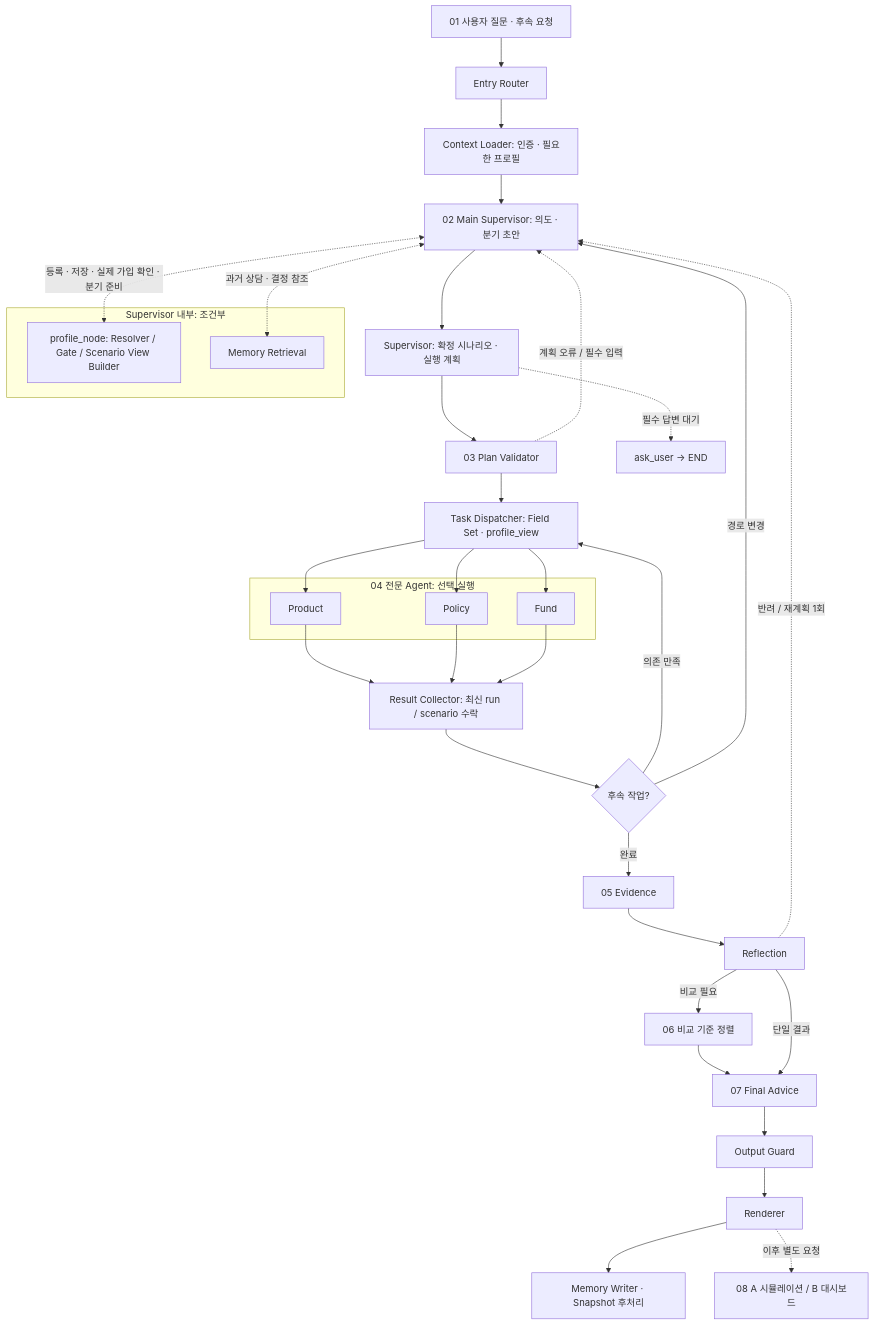
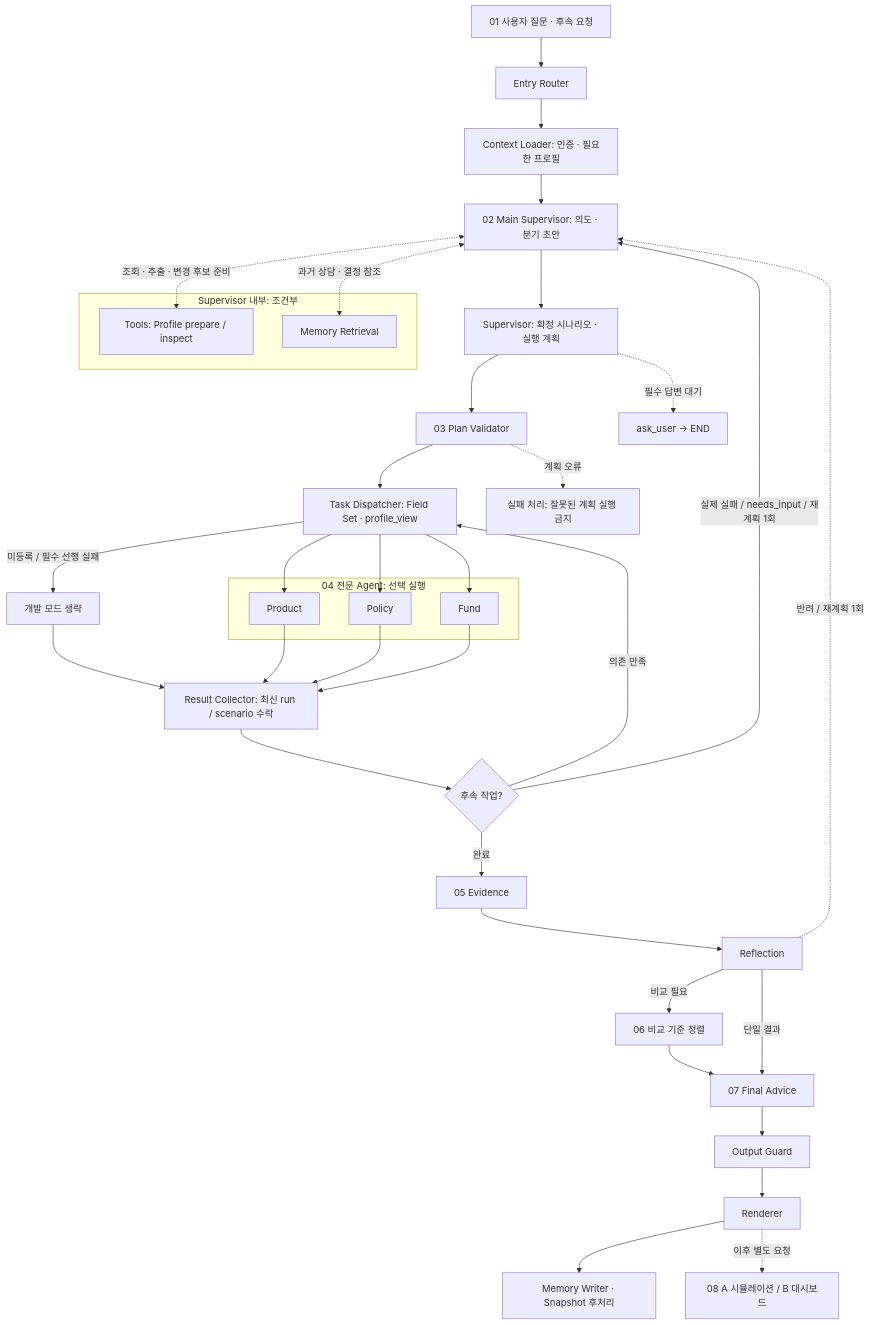
Before and after one commit to encore-ai-campus/mle-01-final-team1: the diagram in docs/멀티에이전트_설계안.md, drawn with Mermaid. The commit also changed other lines of this file and 9 other files, not shown here.

````diff
--- a/docs/멀티에이전트_설계안.md
+++ b/docs/멀티에이전트_설계안.md
@@ -28,36 +30,37 @@
 ```mermaid
 flowchart TB
     USER["01 사용자 질문 · 후속 요청"] --> ENTRY["Entry Router"] --> LOADER["Context Loader: 인증 · 필요한 프로필"]
     LOADER --> SUP["02 Main Supervisor: 의도 · 분기 초안"]
     subgraph SG["Supervisor 내부: 조건부"]
-      PN["profile_node: Resolver / Gate / Scenario View Builder"]
+      PN["Tools: Profile prepare / inspect"]
       MR["Memory Retrieval"]
     end
-    SUP <-.->|"등록 · 저장 · 실제 가입 확인 · 분기 준비"| PN
+    SUP <-.->|"조회 · 추출 · 변경 후보 준비"| PN
     SUP <-.->|"과거 상담 · 결정 참조"| MR
     SUP --> PLAN["Supervisor: 확정 시나리오 · 실행 계획"]
     PLAN --> VAL["03 Plan Validator"] --> DISP["Task Dispatcher: Field Set · profile_view"]
     PLAN -.->|"필수 답변 대기"| ASK["ask_user → END"]
-    VAL -.->|"계획 오류 / 필수 입력"| SUP
+    VAL -.->|"계획 오류"| STOP["실패 처리: 잘못된 계획 실행 금지"]
     subgraph AG["04 전문 Agent: 선택 실행"]
       PROD["Product"]
       POL["Policy"]
       FUND["Fund"]
     end
     DISP --> PROD
     DISP --> POL
     DISP --> FUND
+    DISP -->|미등록 / 필수 선행 실패| SKIP[개발 모드 생략] --> COL
     PROD --> COL["Result Collector: 최신 run / scenario 수락"]
     POL --> COL
     FUND --> COL
     COL --> ROUTE{"후속 작업?"}
     ROUTE -->|"의존 만족"| DISP
-    ROUTE -->|"경로 변경"| SUP
+    ROUTE -->|"실제 실패 / needs_input / 재계획 1회"| SUP
     ROUTE -->|"완료"| EVID["05 Evidence"] --> REFL["Reflection"]
     REFL -.->|"반려 / 재계획 1회"| SUP
     REFL -->|"비교 필요"| CMP["06 비교 기준 정렬"] --> FINAL["07 Final Advice"]
     REFL -->|"단일 결과"| FINAL
     FINAL --> GUARD["Output Guard"] --> RENDER["Renderer"]
     RENDER --> SAVE["Memory Writer · Snapshot 후처리"]
     RENDER -.->|"이후 별도 요청"| AB["08 A 시뮬레이션 / B 대시보드"]
 ```
````
